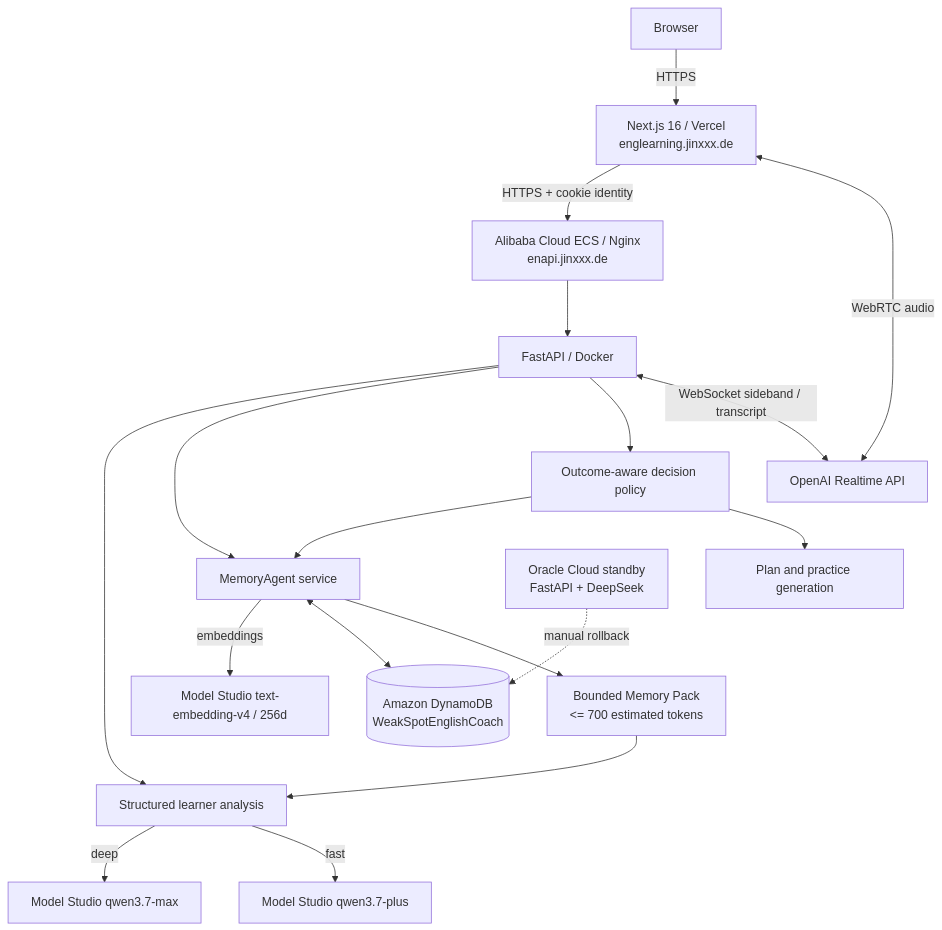
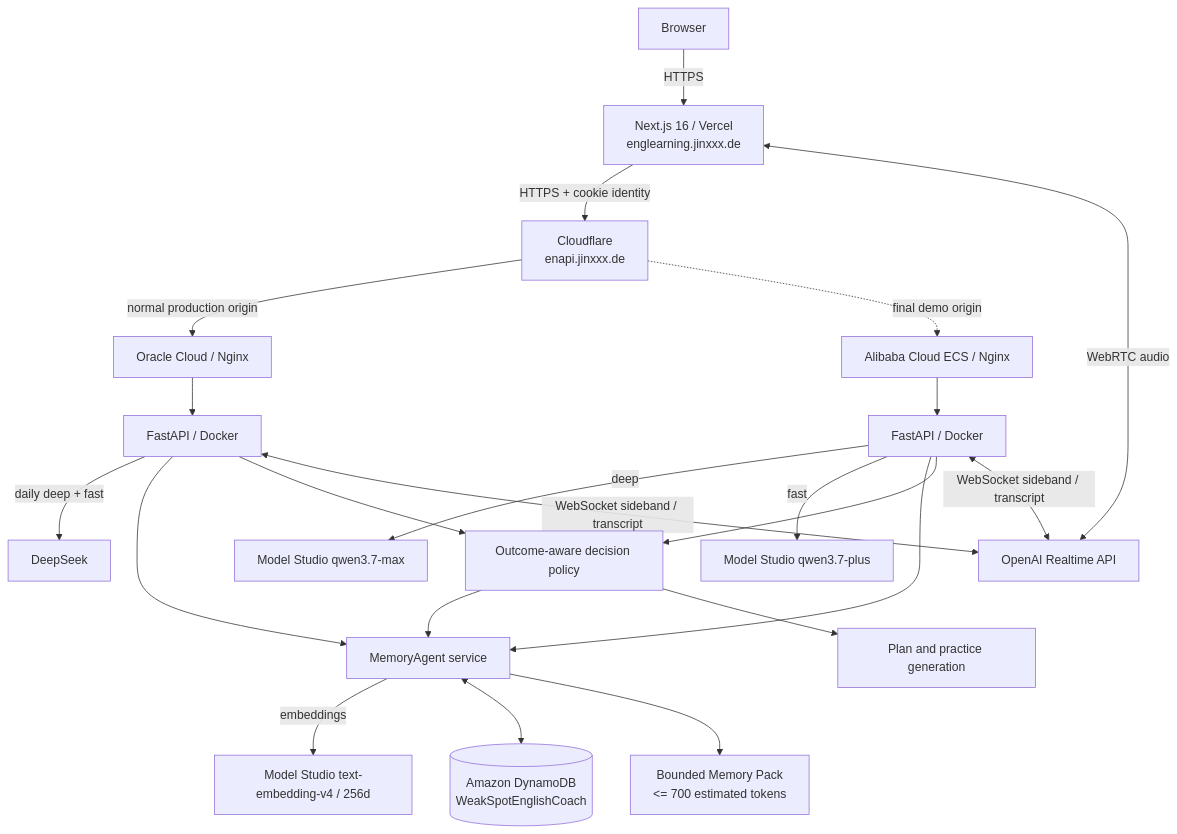
One commit to jinyu-cai/weakspot-english-coach changed the first of 2 diagrams in docs/ARCHITECTURE.md. Above: the diagram before and after it, drawn with Mermaid. The commit also changed other lines of this file and 27 other files, not shown here.

````diff
--- a/docs/ARCHITECTURE.md
+++ b/docs/ARCHITECTURE.md
@@ -9,25 +9,28 @@
 ```mermaid
 flowchart TB
     User[Browser] -->|HTTPS| Web[Next.js 16 / Vercel\nenglearning.jinxxx.de]
-    Web -->|HTTPS + cookie identity| Nginx[Alibaba Cloud ECS / Nginx\nenapi.jinxxx.de]
-    Nginx --> API[FastAPI / Docker]
+    Web -->|HTTPS + cookie identity| Edge[Cloudflare\nenapi.jinxxx.de]
+    Edge -->|normal production origin| OracleNginx[Oracle Cloud / Nginx]
+    Edge -. final demo origin .-> AliNginx[Alibaba Cloud ECS / Nginx]
+    OracleNginx --> OracleAPI[FastAPI / Docker]
+    AliNginx --> AliAPI[FastAPI / Docker]
 
-    API --> Extract[Structured learner analysis]
-    Extract -->|deep| Max[Model Studio qwen3.7-max]
-    Extract -->|fast| Plus[Model Studio qwen3.7-plus]
+    OracleAPI -->|daily deep + fast| DeepSeek[DeepSeek]
+    AliAPI -->|deep| Max[Model Studio qwen3.7-max]
+    AliAPI -->|fast| Plus[Model Studio qwen3.7-plus]
 
-    API --> Mem[MemoryAgent service]
+    OracleAPI --> Mem[MemoryAgent service]
+    AliAPI --> Mem
     Mem -->|embeddings| Emb[Model Studio text-embedding-v4 / 256d]
     Mem <--> DB[(Amazon DynamoDB\nWeakSpotEnglishCoach)]
     Mem --> Pack[Bounded Memory Pack\n<= 700 estimated tokens]
-    Pack --> Extract
 
-    API --> Decide[Outcome-aware decision policy]
+    OracleAPI --> Decide[Outcome-aware decision policy]
+    AliAPI --> Decide
     Decide --> Mem
     Decide --> Practice[Plan and practice generation]
 
     Voice[OpenAI Realtime API] <-->|WebRTC audio| Web
-    API <-->|WebSocket sideband / transcript| Voice
-
-    Oracle[Oracle Cloud standby\nFastAPI + DeepSeek] -. manual rollback .-> DB
+    OracleAPI <-->|WebSocket sideband / transcript| Voice
+    AliAPI <-->|WebSocket sideband / transcript| Voice
 ```
````
